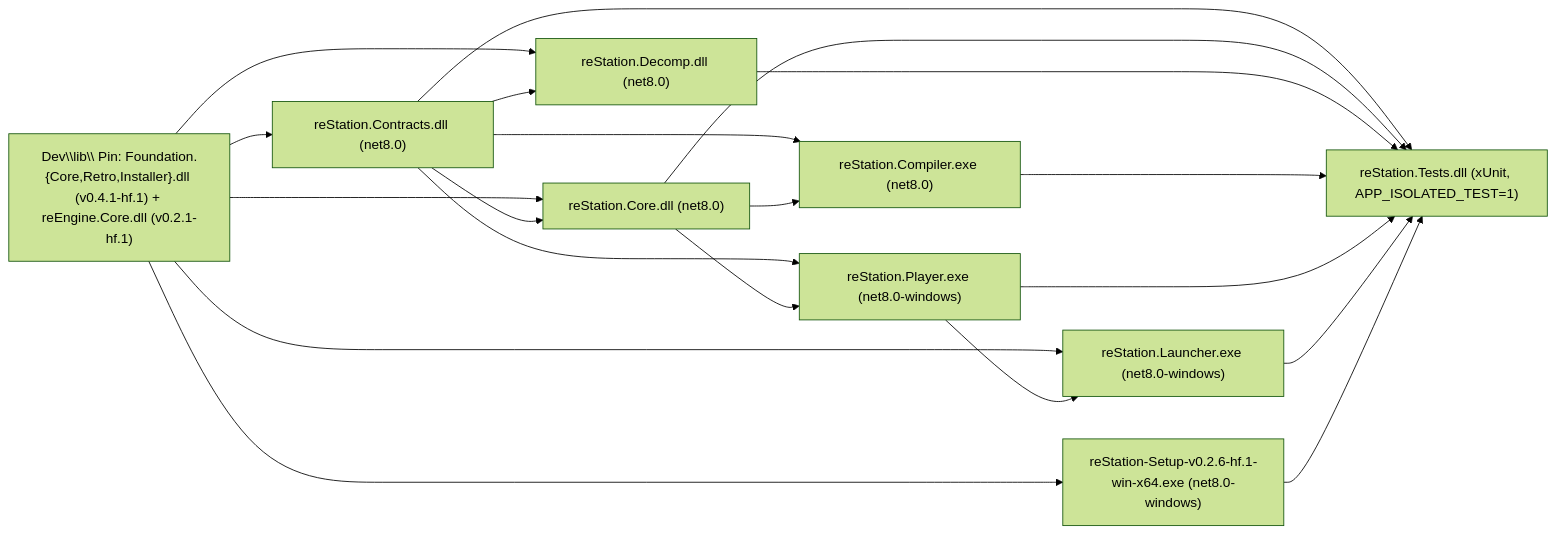
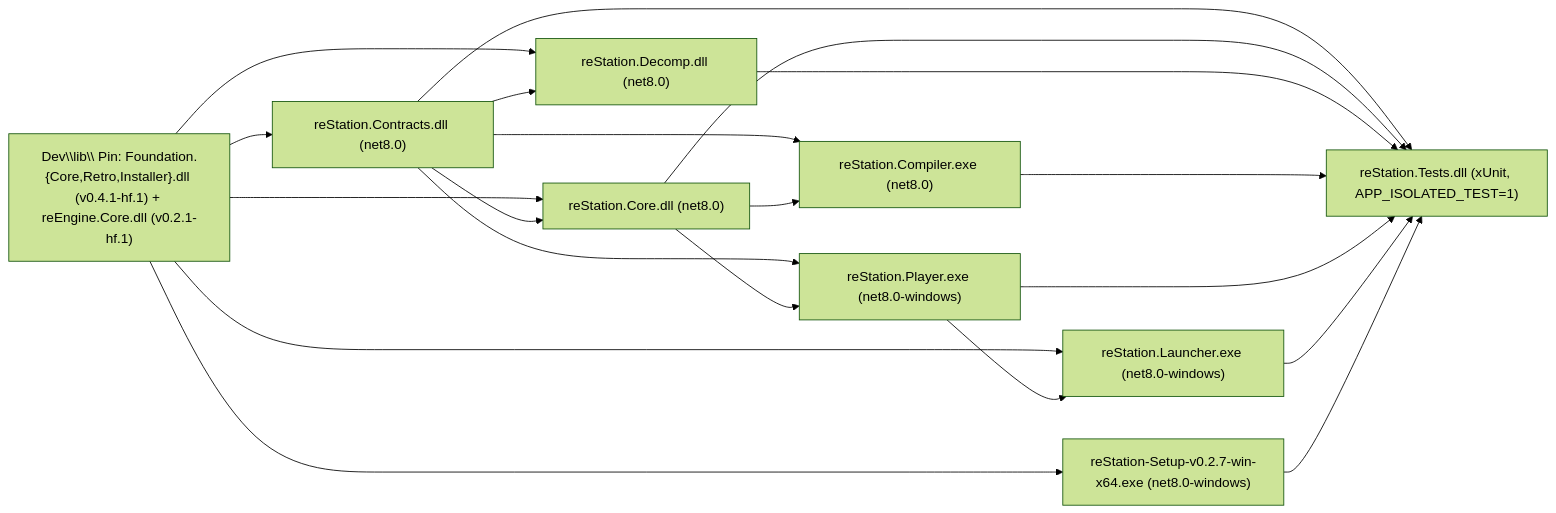
Before and after one commit to StreamItAllGit/reSlate: the second of 2 diagrams in Dev/docs/ARCHITECTURE.md, drawn with Mermaid (forest theme). The commit also changed other lines of this file and 25 other files, not shown here.

````diff
--- a/Dev/docs/ARCHITECTURE.md
+++ b/Dev/docs/ARCHITECTURE.md
@@ -51,32 +51,32 @@
 ```mermaid
 flowchart LR
     EXT["Dev\\lib\\ Pin: Foundation.{Core,Retro,Installer}.dll (v0.4.1-hf.1) + reEngine.Core.dll (v0.2.1-hf.1)"]
     CON["reStation.Contracts.dll (net8.0)"]
     CORE["reStation.Core.dll (net8.0)"]
     DEC["reStation.Decomp.dll (net8.0)"]
     CMP["reStation.Compiler.exe (net8.0)"]
     PLY["reStation.Player.exe (net8.0-windows)"]
     LNC["reStation.Launcher.exe (net8.0-windows)"]
-    INS["reStation-Setup-v0.2.6-hf.1-win-x64.exe (net8.0-windows)"]
+    INS["reStation-Setup-v0.2.7-win-x64.exe (net8.0-windows)"]
     TST["reStation.Tests.dll (xUnit, APP_ISOLATED_TEST=1)"]
 
     EXT --> CON
     EXT --> CORE
     EXT --> DEC
     EXT --> INS
     EXT --> LNC
     CON --> CORE
     CON --> DEC
     CON --> CMP
     CON --> PLY
     CORE --> CMP
     CORE --> PLY
     PLY --> LNC
     CON --> TST
     CORE --> TST
     DEC --> TST
     CMP --> TST
     PLY --> TST
     LNC --> TST
     INS --> TST
 ```
````
